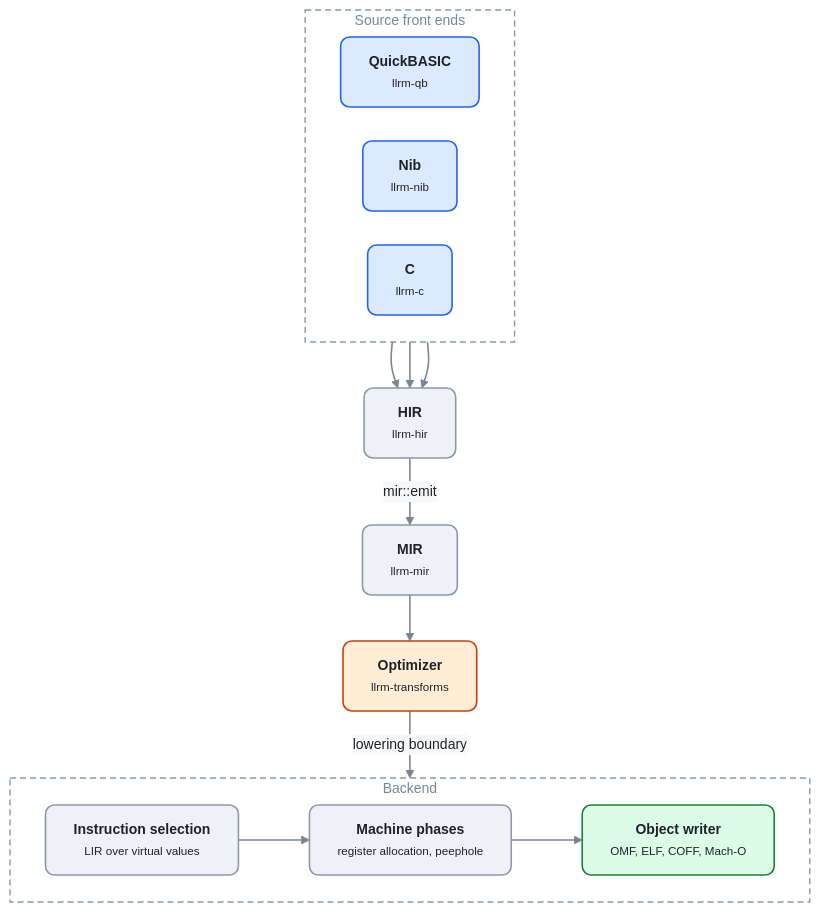
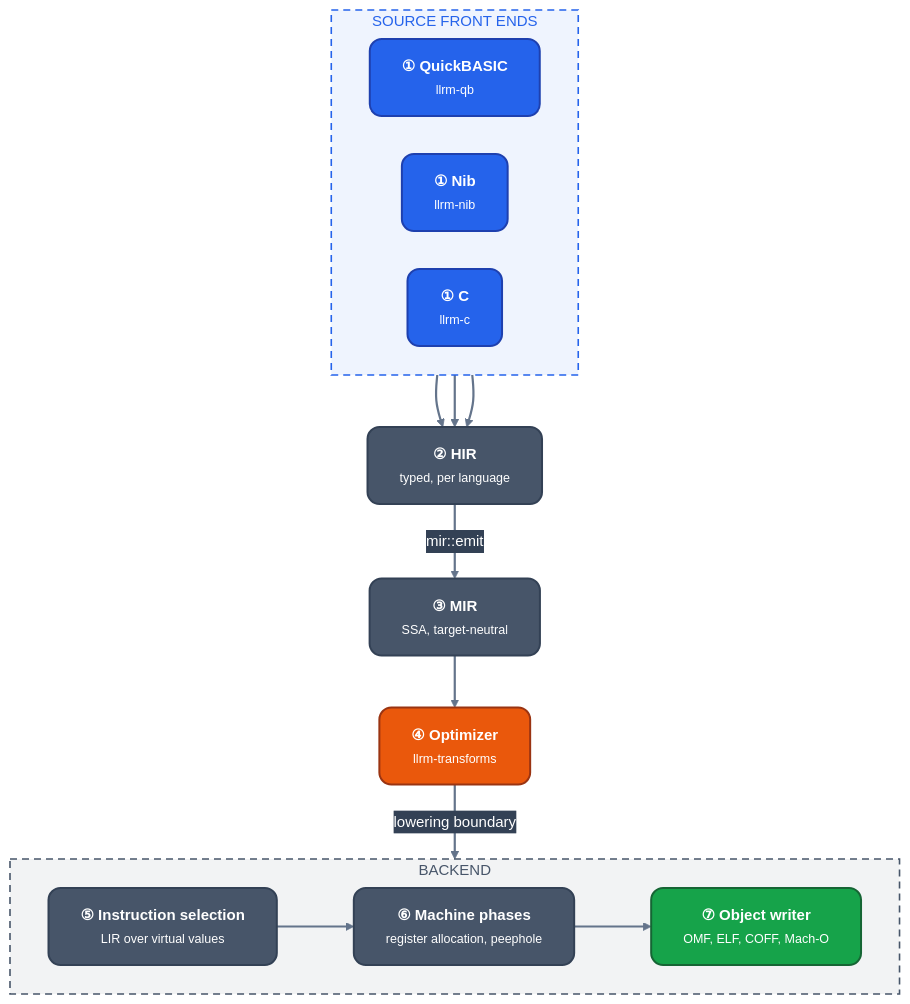
One commit to ali-mosavian/llrm changed the first of 5 diagrams in docs/working/mermaid-trial.md. Above: the diagram before and after it, drawn with Mermaid. The commit also changed other lines of this file, not shown here.

Commit message:
docs: the mermaid trial in a bold style: solid fills, numbered stages, tinted groups

````diff
--- a/docs/working/mermaid-trial.md
+++ b/docs/working/mermaid-trial.md
@@ -21,29 +21,29 @@
 ```mermaid
-%%{init: {'theme':'base','themeVariables':{'fontFamily':'Segoe UI, Helvetica Neue, Arial, DejaVu Sans, sans-serif','fontSize':'14px','primaryColor':'#eef2f7','primaryTextColor':'#1f2328','primaryBorderColor':'#8b98a8','lineColor':'#7d8590','secondaryColor':'#eef2f7','tertiaryColor':'transparent','clusterBkg':'transparent','clusterBorder':'#8b98a8','edgeLabelBackground':'#f6f8fa','textColor':'#7d8590','titleColor':'#7d8590'},'flowchart':{'curve':'basis','nodeSpacing':34,'rankSpacing':46,'padding':14,'htmlLabels':true,'useMaxWidth':true}}}%%
+%%{init: {'theme':'base','themeVariables':{'fontFamily':'Segoe UI, Helvetica Neue, Arial, DejaVu Sans, sans-serif','fontSize':'15px','primaryColor':'#475569','primaryTextColor':'#ffffff','primaryBorderColor':'#334155','lineColor':'#64748b','secondaryColor':'#475569','tertiaryColor':'transparent','clusterBkg':'transparent','clusterBorder':'#64748b','edgeLabelBackground':'#334155','textColor':'#64748b','titleColor':'#64748b'},'flowchart':{'curve':'basis','nodeSpacing':38,'rankSpacing':52,'padding':16,'htmlLabels':true,'useMaxWidth':true}}}%%
 flowchart TB
-  classDef src  fill:#dbeafe,stroke:#2563eb,stroke-width:1.6px,color:#1f2328,rx:9px,ry:9px
-  classDef mid  fill:#eef2f7,stroke:#8b98a8,stroke-width:1.6px,color:#1f2328,rx:9px,ry:9px
-  classDef opt  fill:#ffedd5,stroke:#c2410c,stroke-width:1.6px,color:#1f2328,rx:9px,ry:9px
-  classDef out  fill:#dcfce7,stroke:#15803d,stroke-width:1.6px,color:#1f2328,rx:9px,ry:9px
-  classDef data fill:#f3e8ff,stroke:#7e22ce,stroke-width:1.6px,color:#1f2328,rx:9px,ry:9px
-  classDef warn fill:#fee2e2,stroke:#b91c1c,stroke-width:1.6px,color:#1f2328,rx:9px,ry:9px
-  classDef note fill:transparent,stroke:transparent,color:#7d8590
-  linkStyle default stroke:#7d8590,stroke-width:1.6px
-  subgraph front["Source front ends"]
+  classDef src fill:#2563eb,stroke:#1e40af,stroke-width:2px,color:#ffffff,rx:12px,ry:12px
+  classDef mid fill:#475569,stroke:#334155,stroke-width:2px,color:#ffffff,rx:12px,ry:12px
+  classDef opt fill:#ea580c,stroke:#9a3412,stroke-width:2px,color:#ffffff,rx:12px,ry:12px
+  classDef out fill:#16a34a,stroke:#166534,stroke-width:2px,color:#ffffff,rx:12px,ry:12px
+  classDef data fill:#7c3aed,stroke:#5b21b6,stroke-width:2px,color:#ffffff,rx:12px,ry:12px
+  classDef warn fill:#dc2626,stroke:#991b1b,stroke-width:2px,color:#ffffff,rx:12px,ry:12px
+  classDef note fill:transparent,stroke:transparent,color:#64748b
+  linkStyle default stroke:#64748b,stroke-width:2.2px
+  subgraph front["SOURCE FRONT ENDS"]
     direction LR
-    qb["<b>QuickBASIC</b><br/><small>llrm-qb</small>"]:::src
-    nib["<b>Nib</b><br/><small>llrm-nib</small>"]:::src
-    c["<b>C</b><br/><small>llrm-c</small>"]:::src
+    qb["<b>① QuickBASIC</b><br/><small>llrm-qb</small>"]:::src
+    nib["<b>① Nib</b><br/><small>llrm-nib</small>"]:::src
+    c["<b>① C</b><br/><small>llrm-c</small>"]:::src
   end
   qb --> hir
   nib --> hir
   c --> hir
-  hir["<b>HIR</b><br/><small>llrm-hir</small>"]:::mid -->|mir::emit| mir["<b>MIR</b><br/><small>llrm-mir</small>"]:::mid
-  mir --> opt["<b>Optimizer</b><br/><small>llrm-transforms</small>"]:::opt
-  opt -->|lowering boundary| back
-  subgraph back["Backend"]
-    sel["<b>Instruction selection</b><br/><small>LIR over virtual values</small>"]:::mid --> ph["<b>Machine phases</b><br/><small>register allocation, peephole</small>"]:::mid --> obj["<b>Object writer</b><br/><small>OMF, ELF, COFF, Mach-O</small>"]:::out
+  hir["<b>② HIR</b><br/><small>typed, per language</small>"]:::mid -->|mir::emit| mir["<b>③ MIR</b><br/><small>SSA, target-neutral</small>"]:::mid
+  mir --> opt["<b>④ Optimizer</b><br/><small>llrm-transforms</small>"]:::opt
+  opt ==>|lowering boundary| back
+  subgraph back["BACKEND"]
+    sel["<b>⑤ Instruction selection</b><br/><small>LIR over virtual values</small>"]:::mid --> ph["<b>⑥ Machine phases</b><br/><small>register allocation, peephole</small>"]:::mid --> obj["<b>⑦ Object writer</b><br/><small>OMF, ELF, COFF, Mach-O</small>"]:::out
   end
-  style front stroke:#8b98a8,stroke-width:1.4px,stroke-dasharray:6 4,fill:transparent,color:#7d8590
-  style back stroke:#8b98a8,stroke-width:1.4px,stroke-dasharray:6 4,fill:transparent,color:#7d8590
+  style front fill:#2563eb12,stroke:#2563eb,stroke-width:1.6px,stroke-dasharray:7 5,color:#2563eb
+  style back fill:#47556912,stroke:#475569,stroke-width:1.6px,stroke-dasharray:7 5,color:#475569
 ```
````
